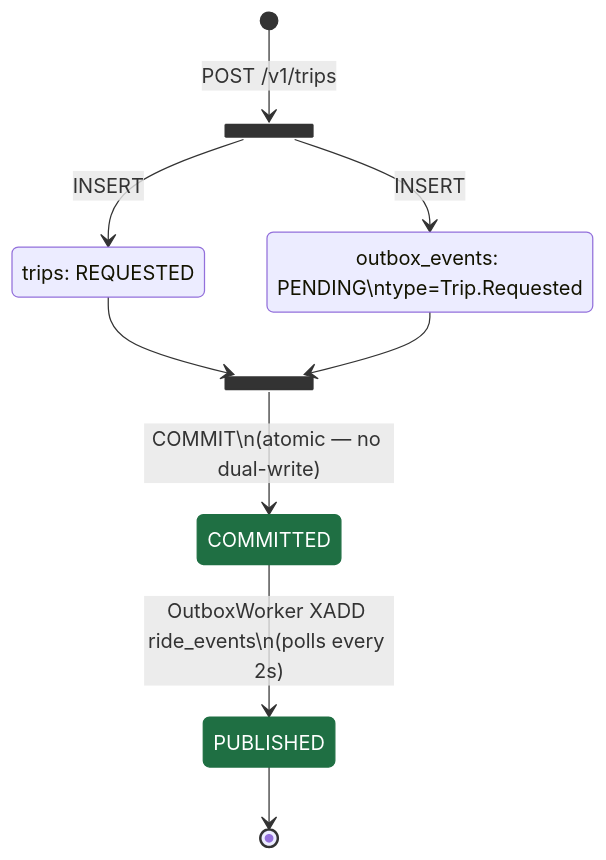
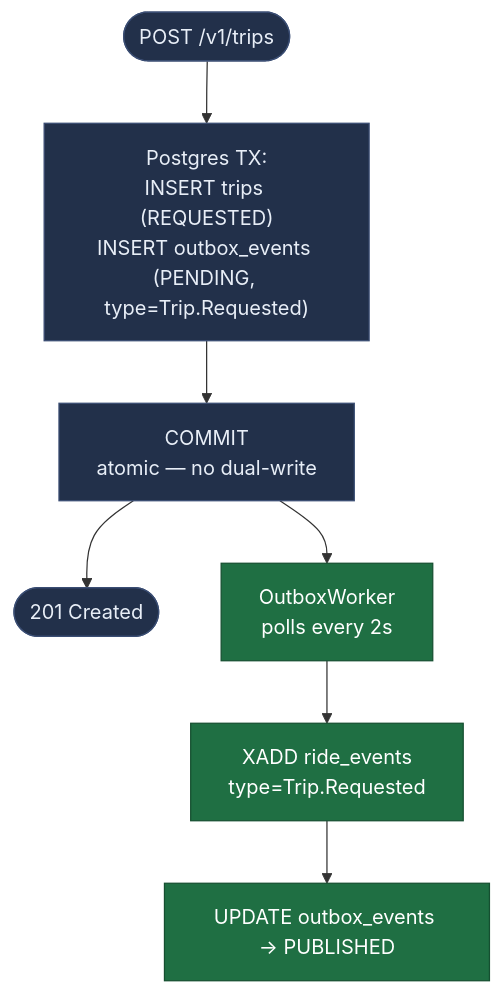
The first of 2 diagrams in README.md (Ama2352/vroom-services), drawn with Mermaid before and after one commit. The commit also changed other lines of this file, not shown here.

First line of the commit message:
docs: switch Outbox/Saga diagrams to flowchart, fix rendering issues

````diff
--- a/README.md
+++ b/README.md
@@ -43,21 +43,14 @@
 ```mermaid
-stateDiagram-v2
-    classDef highlight fill:#1f6f43,color:#fff,stroke:#1f6f43
+flowchart TD
+    A(["POST /v1/trips"]) --> B["Postgres TX:<br/>INSERT trips (REQUESTED)<br/>INSERT outbox_events (PENDING, type=Trip.Requested)"]
+    B --> C["COMMIT<br/>atomic — no dual-write"]
+    C --> D(["201 Created"])
+    C --> E["OutboxWorker<br/>polls every 2s"]
+    E --> F["XADD ride_events<br/>type=Trip.Requested"]
+    F --> G["UPDATE outbox_events → PUBLISHED"]
 
-    state fork_state <<fork>>
-    state join_state <<join>>
-    state "trips: REQUESTED" as trip_row
-    state "outbox_events: PENDING\ntype=Trip.Requested" as outbox_row
-
-    [*] --> fork_state: POST /v1/trips
-    fork_state --> trip_row: INSERT
-    fork_state --> outbox_row: INSERT
-    trip_row --> join_state
-    outbox_row --> join_state
-    join_state --> COMMITTED: COMMIT\n(atomic — no dual-write)
-
-    COMMITTED --> PUBLISHED: OutboxWorker XADD ride_events\n(polls every 2s)
-    PUBLISHED --> [*]
-
-    class COMMITTED,PUBLISHED highlight
+    classDef step fill:#22304a,stroke:#3a4d73,color:#e8eef7
+    classDef async fill:#1f6f43,stroke:#154f30,color:#ffffff
+    class A,B,C,D step
+    class E,F,G async
 ```
````
